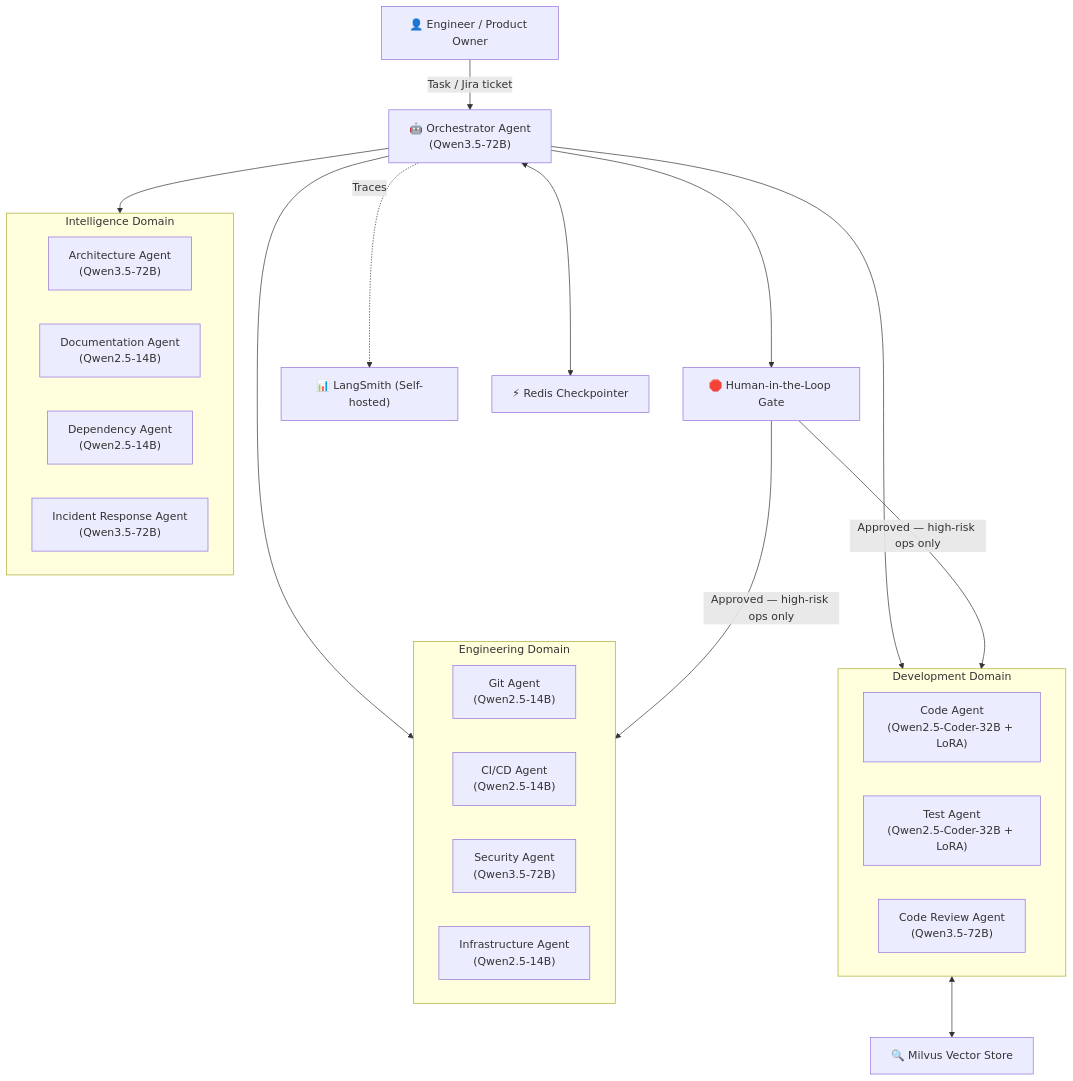
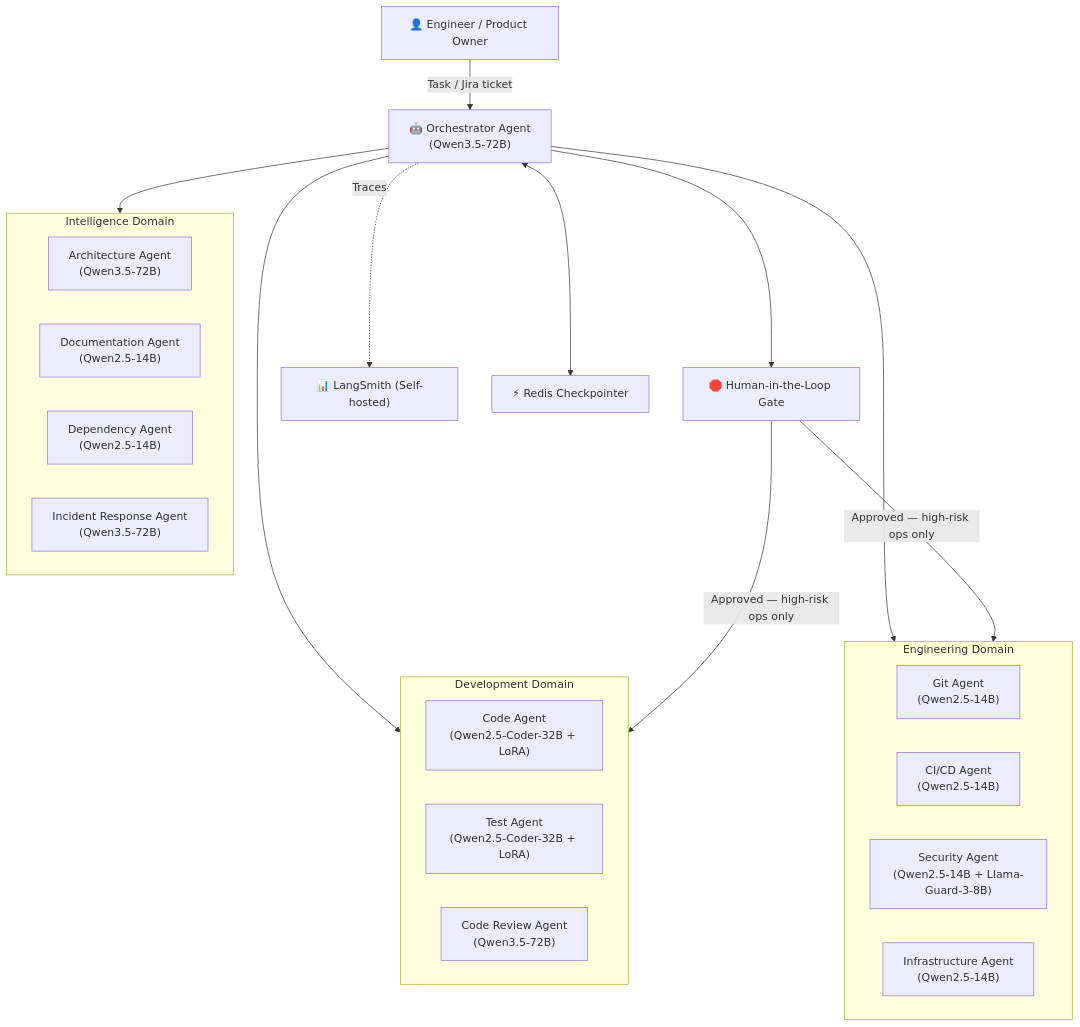
One commit to JosephSearle/development-team changed the diagram in README.md. Above: the diagram before and after it, drawn with Mermaid. The commit also changed other lines of this file, not shown here.

````diff
--- a/README.md
+++ b/README.md
@@ -36,41 +36,39 @@
 ```mermaid
 flowchart TD
     Human["👤 Engineer / Product Owner"]
     Orch["🤖 Orchestrator Agent<br/>(Qwen3.5-72B)"]
     HITL["🛑 Human-in-the-Loop Gate"]
 
     subgraph Dev["Development Domain"]
         CodeAgent["Code Agent<br/>(Qwen2.5-Coder-32B + LoRA)"]
         TestAgent["Test Agent<br/>(Qwen2.5-Coder-32B + LoRA)"]
         ReviewAgent["Code Review Agent<br/>(Qwen3.5-72B)"]
     end
 
     subgraph Eng["Engineering Domain"]
         GitAgent["Git Agent<br/>(Qwen2.5-14B)"]
         CICDAgent["CI/CD Agent<br/>(Qwen2.5-14B)"]
-        SecAgent["Security Agent<br/>(Qwen3.5-72B)"]
+        SecAgent["Security Agent<br/>(Qwen2.5-14B + Llama-Guard-3-8B)"]
         InfraAgent["Infrastructure Agent<br/>(Qwen2.5-14B)"]
     end
 
     subgraph Intel["Intelligence Domain"]
         ArchAgent["Architecture Agent<br/>(Qwen3.5-72B)"]
         DocAgent["Documentation Agent<br/>(Qwen2.5-14B)"]
         DepAgent["Dependency Agent<br/>(Qwen2.5-14B)"]
         IncAgent["Incident Response Agent<br/>(Qwen3.5-72B)"]
     end
 
     LangSmith["📊 LangSmith (Self-hosted)"]
     Redis["⚡ Redis Checkpointer"]
-    Milvus["🔍 Milvus Vector Store"]
 
     Human -->|"Task / Jira ticket"| Orch
     Orch --> HITL
     Orch --> Dev
     Orch --> Eng
     Orch --> Intel
     HITL -->|"Approved — high-risk ops only"| Dev
     HITL -->|"Approved — high-risk ops only"| Eng
     Orch <--> Redis
-    Dev <--> Milvus
     Orch -.->|"Traces"| LangSmith
 ```
````
